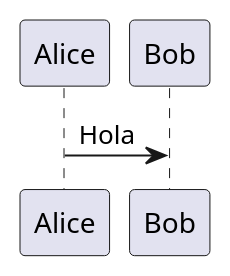
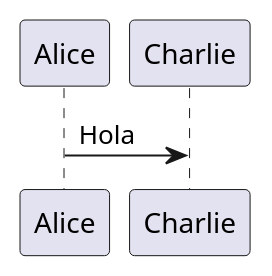
One commit to Grandez/iasi changed the diagram in plantuml.qmd. Above: the diagram before and after it, drawn with PlantUML. The commit also changed 23 other files, not shown here.

````diff
--- a/plantuml.qmd
+++ b/plantuml.qmd
@@ -7,5 +7,5 @@
 ``` plantuml
 @startuml
-Alice -> Bob : Hola
+Alice -> Charlie : Hola
 @enduml
 ```
````
